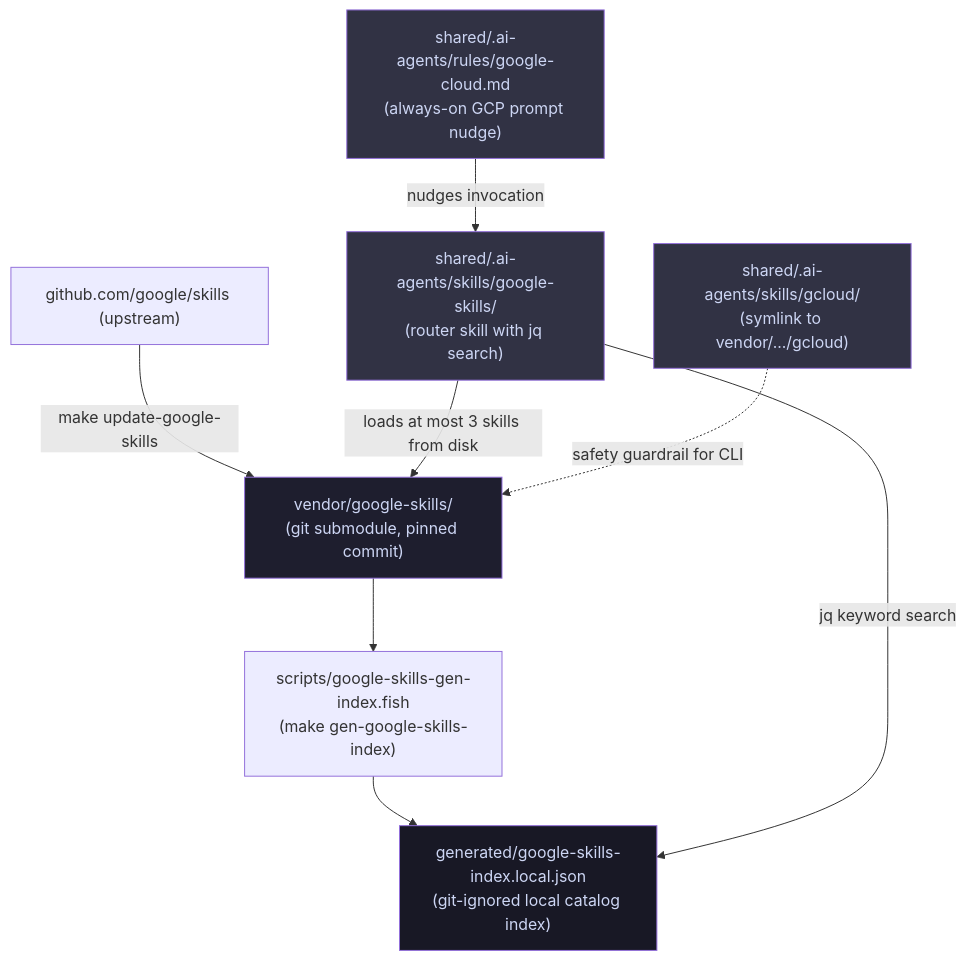
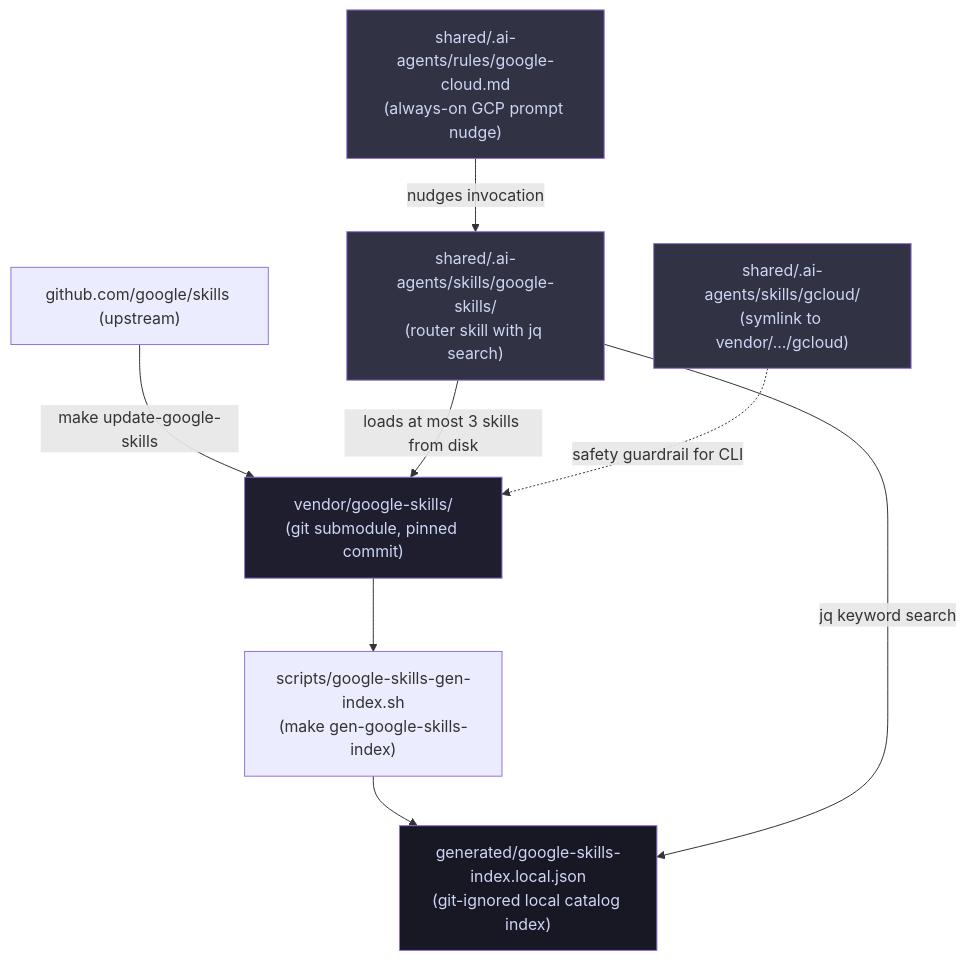
The sixth of 6 diagrams in docs/ARCHITECTURE.md (tektite-io/ai-coding-agents), drawn with Mermaid before and after one commit. The commit also changed 117 other files, not shown here.

````diff
--- a/docs/ARCHITECTURE.md
+++ b/docs/ARCHITECTURE.md
@@ -318,27 +318,27 @@
 ```mermaid
 flowchart TD
     upstream["github.com/google/skills (upstream)"]
     submodule["vendor/google-skills/\n(git submodule, pinned commit)"]
-    gen_script["scripts/google-skills-gen-index.fish\n(make gen-google-skills-index)"]
+    gen_script["scripts/google-skills-gen-index.sh\n(make gen-google-skills-index)"]
     index["generated/google-skills-index.local.json\n(git-ignored local catalog index)"]
 
     rule["shared/.ai-agents/rules/google-cloud.md\n(always-on GCP prompt nudge)"]
     router["shared/.ai-agents/skills/google-skills/\n(router skill with jq search)"]
     gcloud_skill["shared/.ai-agents/skills/gcloud/\n(symlink to vendor/.../gcloud)"]
 
     upstream -->|make update-google-skills| submodule
     submodule --> gen_script
     gen_script --> index
 
     rule -->|nudges invocation| router
     router -->|jq keyword search| index
     router -->|loads at most 3 skills from disk| submodule
 
     gcloud_skill -.->|safety guardrail for CLI| submodule
 
     style submodule fill:#1e1e2e,color:#cdd6f4
     style index fill:#181825,color:#cdd6f4
     style router fill:#313244,color:#cdd6f4
     style rule fill:#313244,color:#cdd6f4
     style gcloud_skill fill:#313244,color:#cdd6f4
 ```
````
